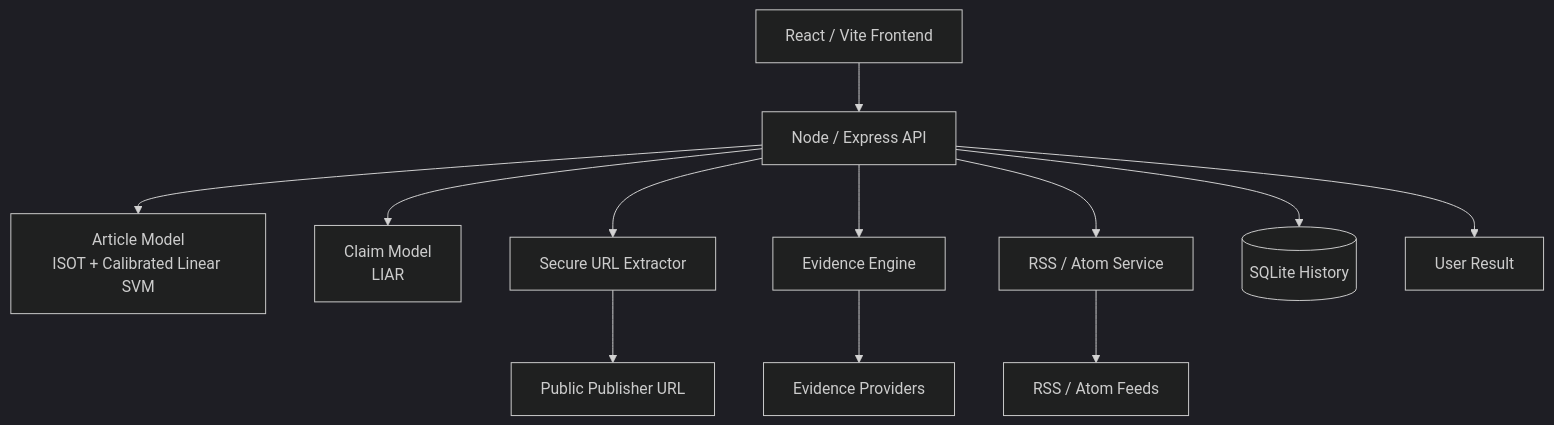
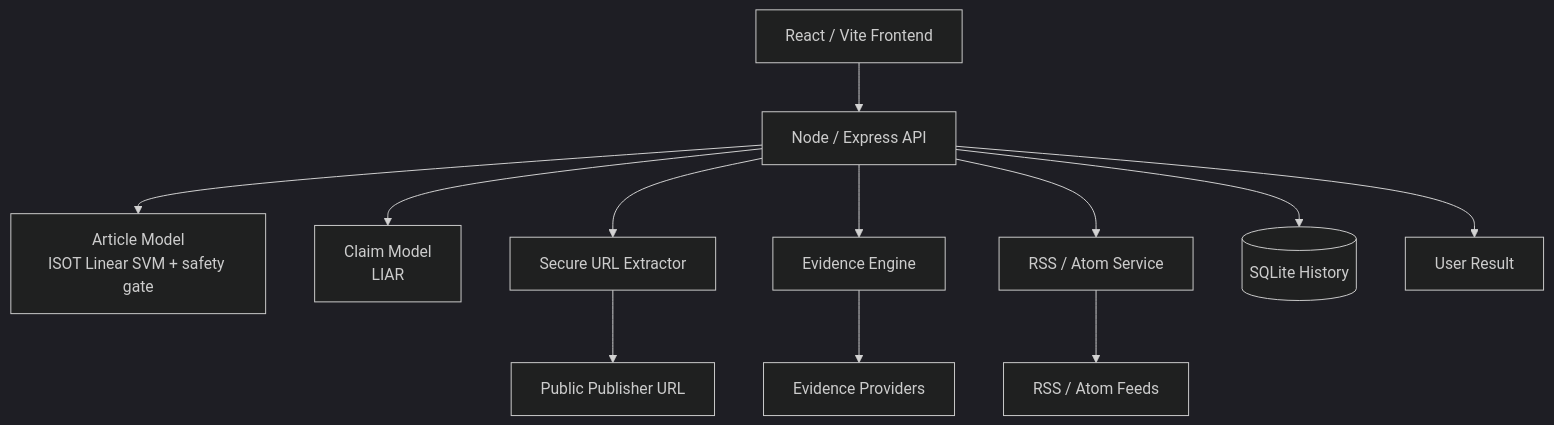
The second of 2 diagrams in README.md (Pappu246/truthlens-ai-fake-news-detection-system), drawn with Mermaid (dark theme) before and after one commit. The commit also changed other lines of this file and 1 other file, not shown here.

First line of the commit message:
docs: sync current production safety and validation status

````diff
--- a/README.md
+++ b/README.md
@@ -213,17 +213,17 @@
 ```mermaid
 flowchart TB
     F[React / Vite Frontend] --> API[Node / Express API]
 
-    API --> M1[Article Model<br/>ISOT + Calibrated Linear SVM]
+    API --> M1[Article Model<br/>ISOT Linear SVM + safety gate]
     API --> M2[Claim Model<br/>LIAR]
     API --> EX[Secure URL Extractor]
     API --> EV[Evidence Engine]
     API --> NEWS[RSS / Atom Service]
     API --> DB[(SQLite History)]
 
     EX --> WEB[Public Publisher URL]
     NEWS --> FEEDS[RSS / Atom Feeds]
     EV --> SRC[Evidence Providers]
 
     API --> OUT[User Result]
 ```
````
